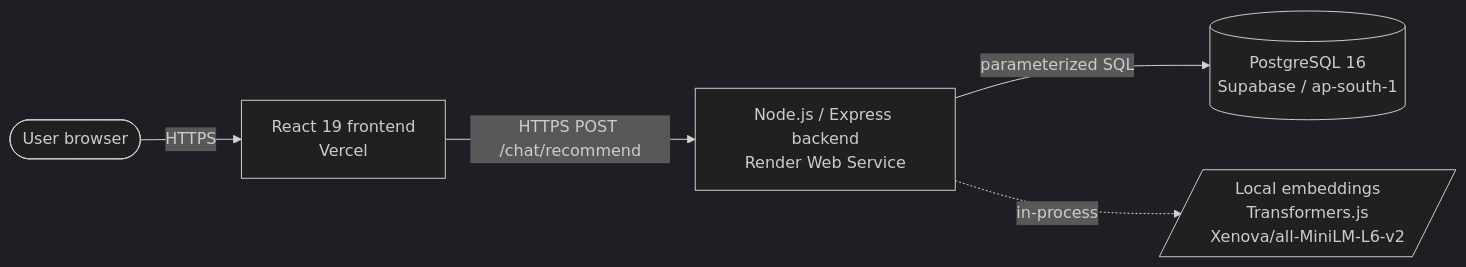
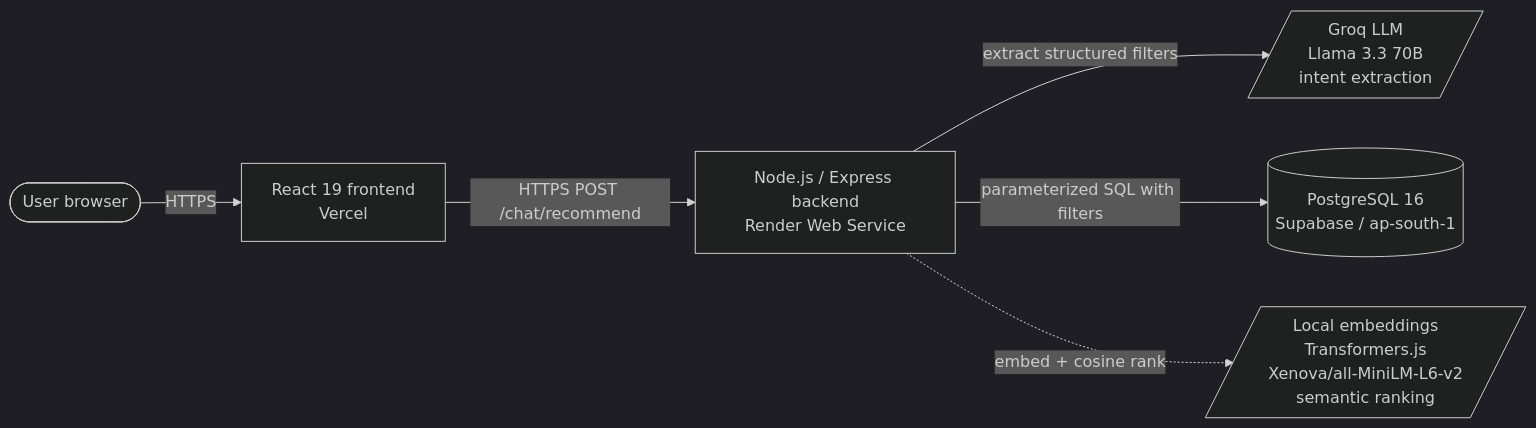
The first of 2 diagrams in docs/ARCHITECTURE.md (rohitanakiya/KhanaDedo), drawn with Mermaid (dark theme) before and after one commit. The commit also changed other lines of this file, not shown here.

Commit message:
Place Groq in current architecture diagram; clarify NLU vs semantic ranking roles

````diff
--- a/docs/ARCHITECTURE.md
+++ b/docs/ARCHITECTURE.md
@@ -10,13 +10,15 @@
 ```mermaid
 flowchart LR
     User([User browser])
     FE[React 19 frontend<br/>Vercel]
     BE[Node.js / Express backend<br/>Render Web Service]
+    LLM[/Groq LLM<br/>Llama 3.3 70B<br/>intent extraction/]
     DB[(PostgreSQL 16<br/>Supabase / ap-south-1)]
-    EMB[/Local embeddings<br/>Transformers.js<br/>Xenova/all-MiniLM-L6-v2/]
+    EMB[/Local embeddings<br/>Transformers.js<br/>Xenova/all-MiniLM-L6-v2<br/>semantic ranking/]
 
     User -->|HTTPS| FE
     FE -->|HTTPS POST /chat/recommend| BE
-    BE -->|parameterized SQL| DB
-    BE -.->|in-process| EMB
+    BE -->|extract structured filters| LLM
+    BE -->|parameterized SQL with filters| DB
+    BE -.->|embed + cosine rank| EMB
 ```
````
